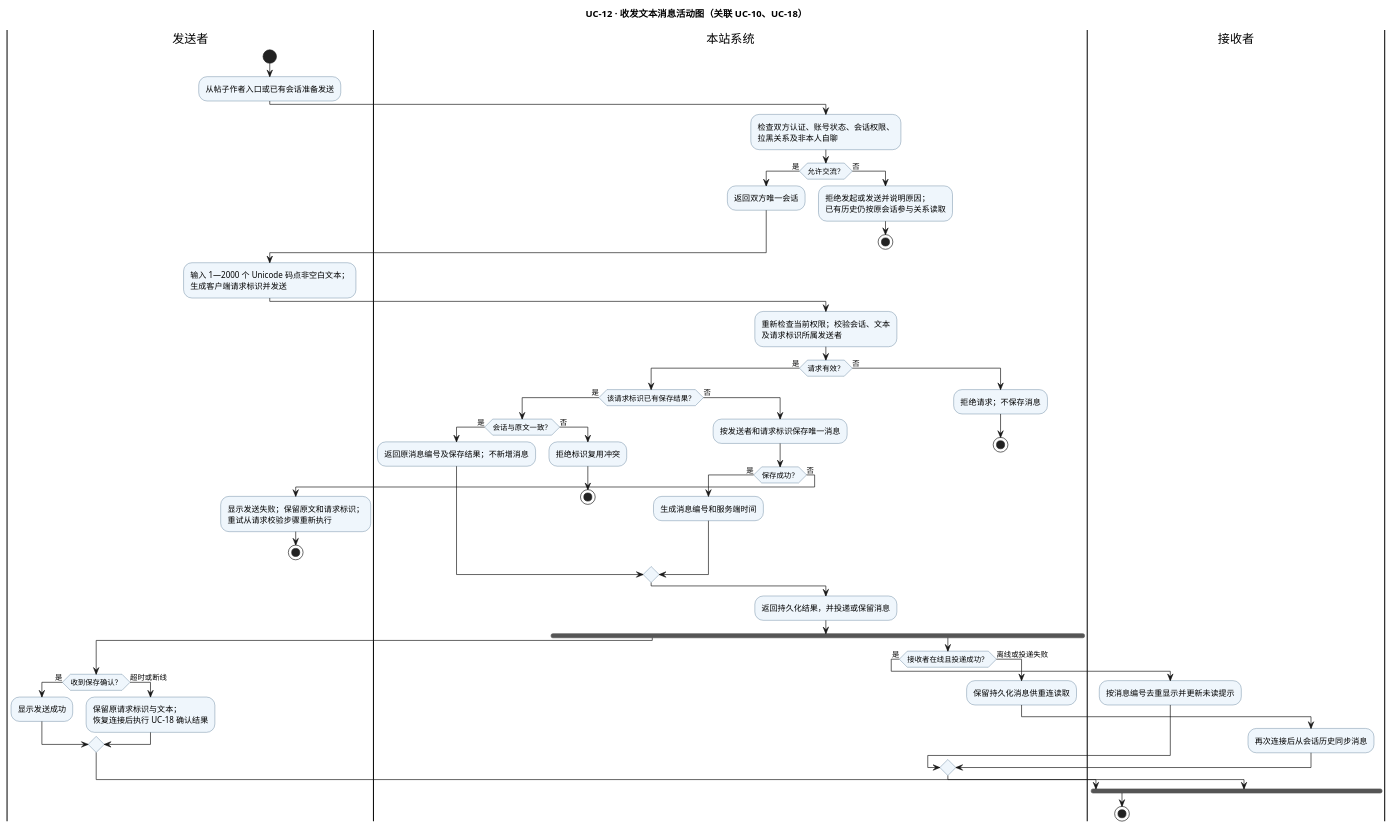
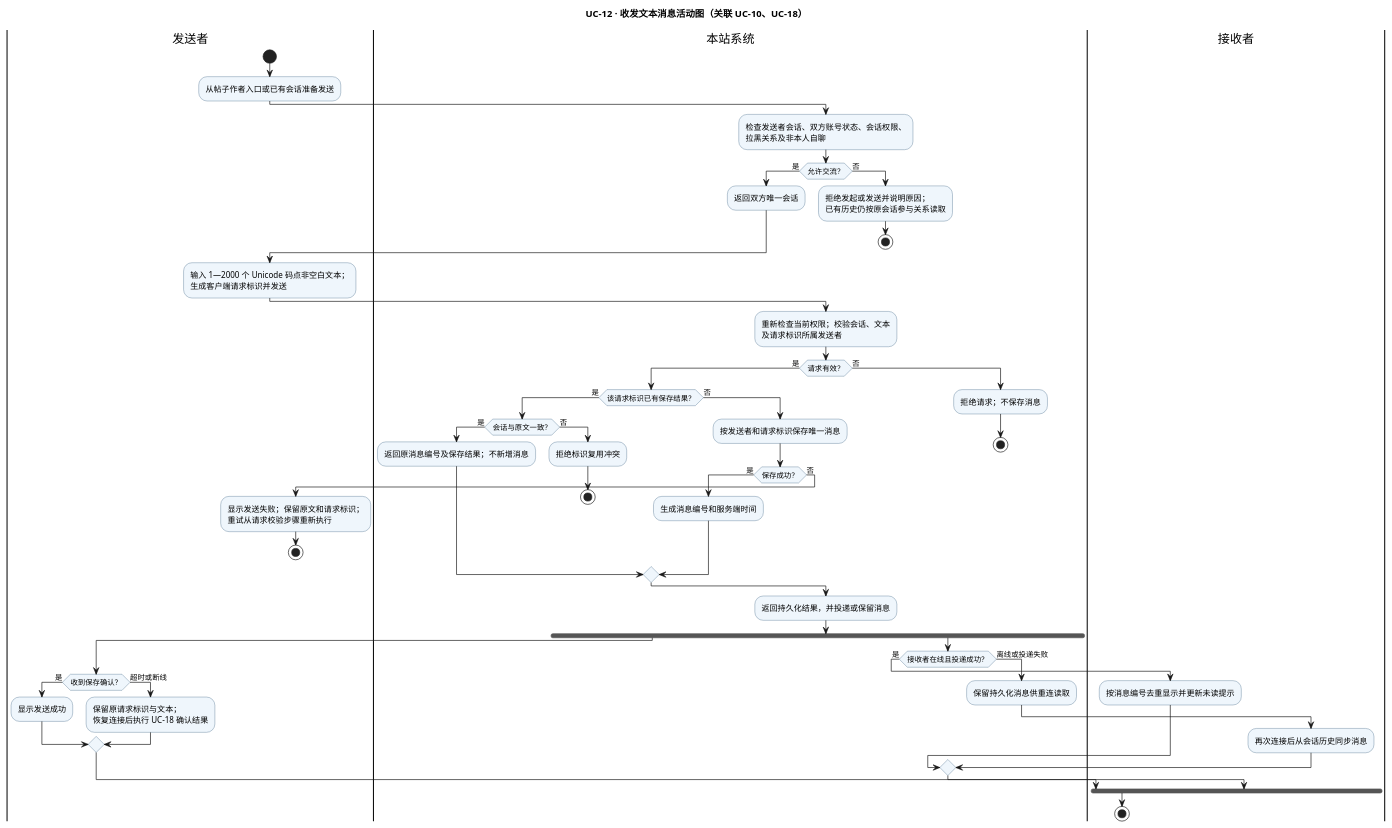
Before and after one commit to Zqz1022/Software-Engineering-Tongji-Uni-2026: the diagram in models/requirements/activity-messaging.puml, drawn with PlantUML. The commit also changed 13 other files, not shown here.

```diff
--- a/models/requirements/activity-messaging.puml
+++ b/models/requirements/activity-messaging.puml
@@ -1,73 +1,73 @@
 @startuml
 title UC-12 · 收发文本消息活动图（关联 UC-10、UC-18）
 skinparam defaultFontName PingFang SC
 skinparam shadowing false
 skinparam activityBackgroundColor #EFF6FC
 skinparam activityBorderColor #355C7D
 |发送者|
 start
 :从帖子作者入口或已有会话准备发送;
 |本站系统|
-:检查双方认证、账号状态、会话权限、
+:检查发送者会话、双方账号状态、会话权限、
 拉黑关系及非本人自聊;
 if (允许交流？) then (是)
   :返回双方唯一会话;
 else (否)
   :拒绝发起或发送并说明原因；
 已有历史仍按原会话参与关系读取;
   stop
 endif
 |发送者|
 :输入 1—2000 个 Unicode 码点非空白文本；
 生成客户端请求标识并发送;
 |本站系统|
 :重新检查当前权限；校验会话、文本
 及请求标识所属发送者;
 if (请求有效？) then (是)
   if (该请求标识已有保存结果？) then (是)
     if (会话与原文一致？) then (是)
       :返回原消息编号及保存结果；不新增消息;
     else (否)
       :拒绝标识复用冲突;
       stop
     endif
   else (否)
     :按发送者和请求标识保存唯一消息;
     if (保存成功？) then (是)
       :生成消息编号和服务端时间;
     else (否)
       |发送者|
       :显示发送失败；保留原文和请求标识；
 重试从请求校验步骤重新执行;
       stop
     endif
   endif
 else (否)
   |本站系统|
   :拒绝请求；不保存消息;
   stop
 endif
 |本站系统|
 :返回持久化结果，并投递或保留消息;
 fork
   |发送者|
   if (收到保存确认？) then (是)
     :显示发送成功;
   else (超时或断线)
     :保留原请求标识与文本；
 恢复连接后执行 UC-18 确认结果;
   endif
 fork again
   |本站系统|
   if (接收者在线且投递成功？) then (是)
     |接收者|
     :按消息编号去重显示并更新未读提示;
   else (离线或投递失败)
     |本站系统|
     :保留持久化消息供重连读取;
     |接收者|
     :再次连接后从会话历史同步消息;
   endif
 end fork
 stop
 @enduml
```
